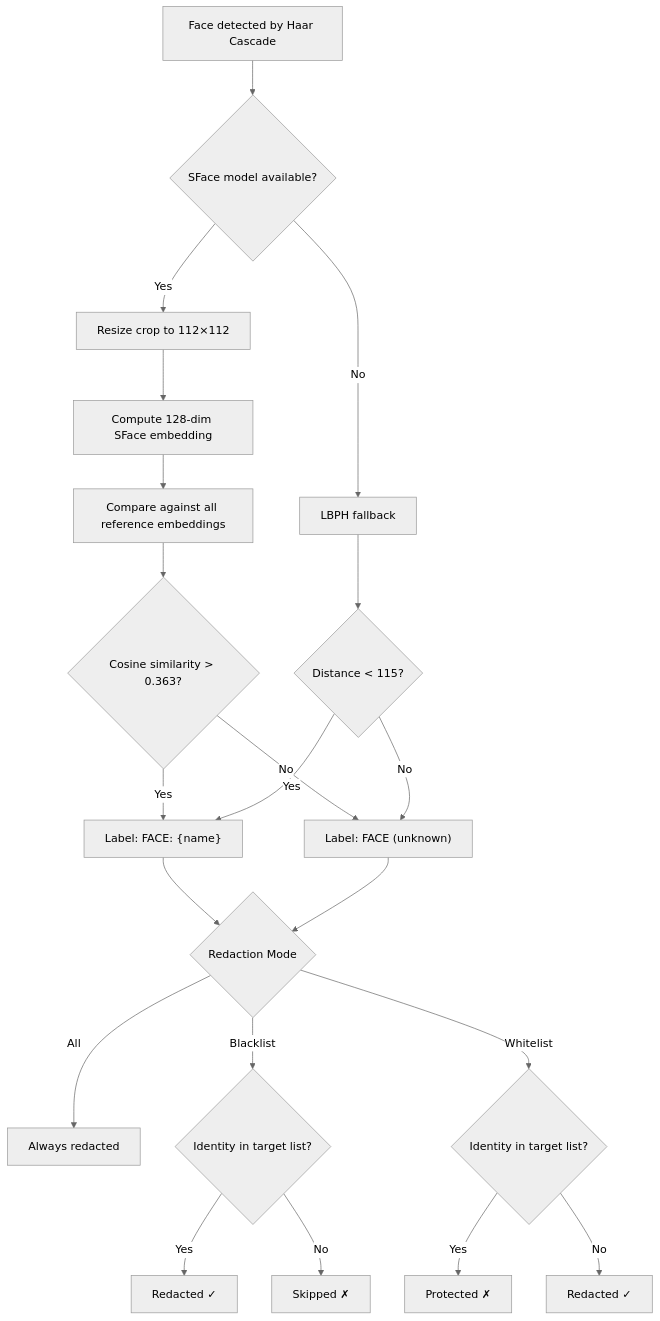
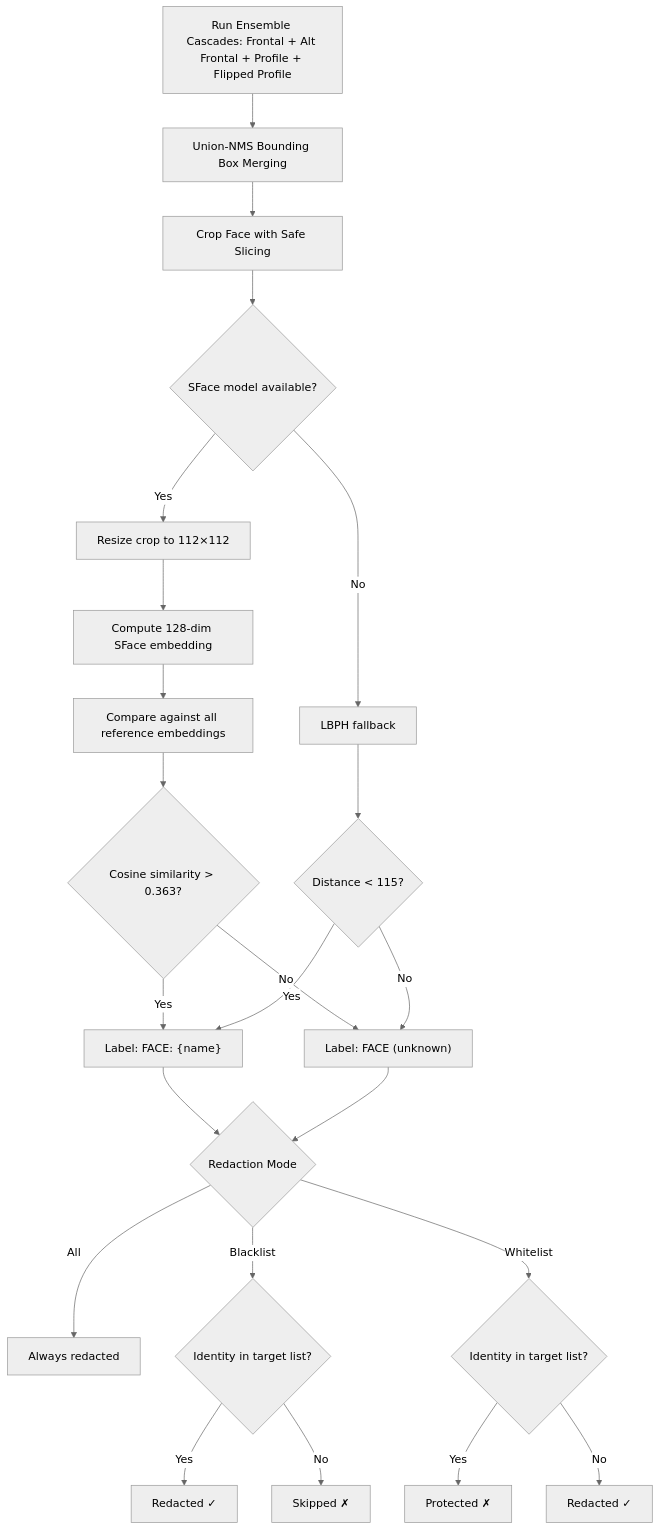
One commit to FurqanHun/SafeMARC changed the second of 4 diagrams in docs/architecture/workflows.md. Above: the diagram before and after it, drawn with Mermaid (neutral theme). The commit also changed 1 other file, not shown here.

Commit message:
docs: update features and architecture workflows for ensemble face detection and cropping

````diff
--- a/docs/architecture/workflows.md
+++ b/docs/architecture/workflows.md
@@ -48,30 +48,32 @@
 ```mermaid
 graph TD
-    A[Face detected by Haar Cascade] --> B{SFace model available?}
+    A[Run Ensemble Cascades: Frontal + Alt Frontal + Profile + Flipped Profile] --> B[Union-NMS Bounding Box Merging]
+    B --> C[Crop Face with Safe Slicing]
+    C --> D{SFace model available?}
     
-    B -- Yes --> C[Resize crop to 112×112]
-    C --> D[Compute 128-dim SFace embedding]
-    D --> E[Compare against all reference embeddings]
-    E --> F{Cosine similarity > 0.363?}
+    D -- Yes --> E[Resize crop to 112×112]
+    E --> F[Compute 128-dim SFace embedding]
+    F --> G[Compare against all reference embeddings]
+    G --> H{Cosine similarity > 0.363?}
     
-    F -- Yes --> G["Label: FACE: {name}"]
-    F -- No --> H["Label: FACE (unknown)"]
+    H -- Yes --> I["Label: FACE: {name}"]
+    H -- No --> J["Label: FACE (unknown)"]
     
-    B -- No --> I[LBPH fallback]
-    I --> J{Distance < 115?}
-    J -- Yes --> G
-    J -- No --> H
+    D -- No --> K[LBPH fallback]
+    K --> L{Distance < 115?}
+    L -- Yes --> I
+    L -- No --> J
     
-    G --> K{Redaction Mode}
-    H --> K
+    I --> RM{Redaction Mode}
+    J --> RM
     
-    K -- All --> L[Always redacted]
-    K -- Blacklist --> M{Identity in target list?}
-    K -- Whitelist --> N{Identity in target list?}
+    RM -- All --> RED[Always redacted]
+    RM -- Blacklist --> BL{Identity in target list?}
+    RM -- Whitelist --> WL{Identity in target list?}
     
-    M -- Yes --> O[Redacted ✓]
-    M -- No --> P[Skipped ✗]
+    BL -- Yes --> RED1[Redacted ✓]
+    BL -- No --> SKP1[Skipped ✗]
     
-    N -- Yes --> Q[Protected ✗]
-    N -- No --> R[Redacted ✓]
+    WL -- Yes --> PRT[Protected ✗]
+    WL -- No --> RED2[Redacted ✓]
 ```
````
